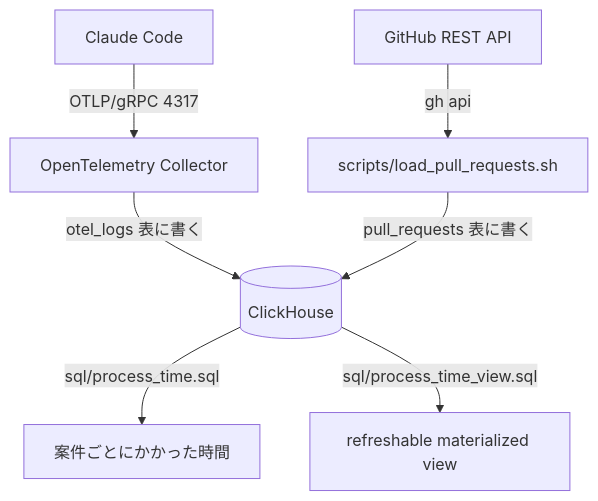
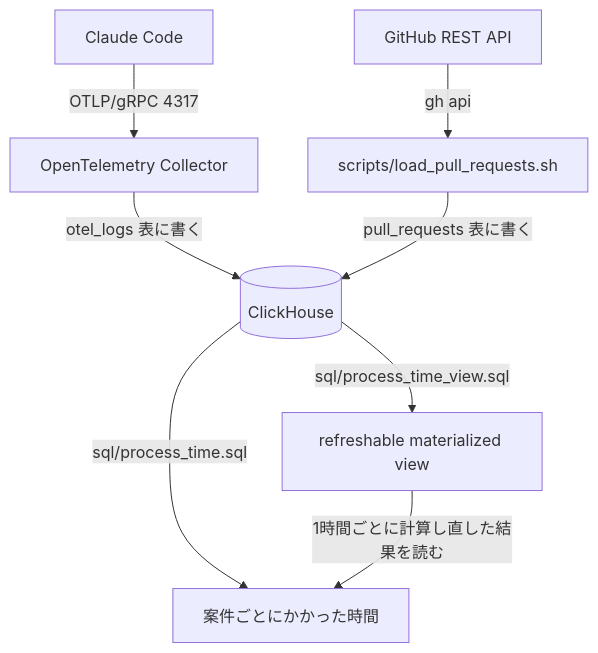
Before and after one commit to kimurash/process-time-clickhouse-platform: the diagram in README.md, drawn with Mermaid.

Commit message:
README の図で materialized view の結果を同じ出力につなぐ

````diff
--- a/README.md
+++ b/README.md
@@ -7,9 +7,10 @@
 ```mermaid
 flowchart TB
   claude[Claude Code] -- OTLP/gRPC 4317 --> collector[OpenTelemetry Collector]
   collector -- otel_logs 表に書く --> db[(ClickHouse)]
   github[GitHub REST API] -- gh api --> script[scripts/load_pull_requests.sh]
   script -- pull_requests 表に書く --> db
   db -- sql/process_time.sql --> result[案件ごとにかかった時間]
   db -- sql/process_time_view.sql --> view[refreshable materialized view]
+  view -- 1時間ごとに計算し直した結果を読む --> result
 ```
````
